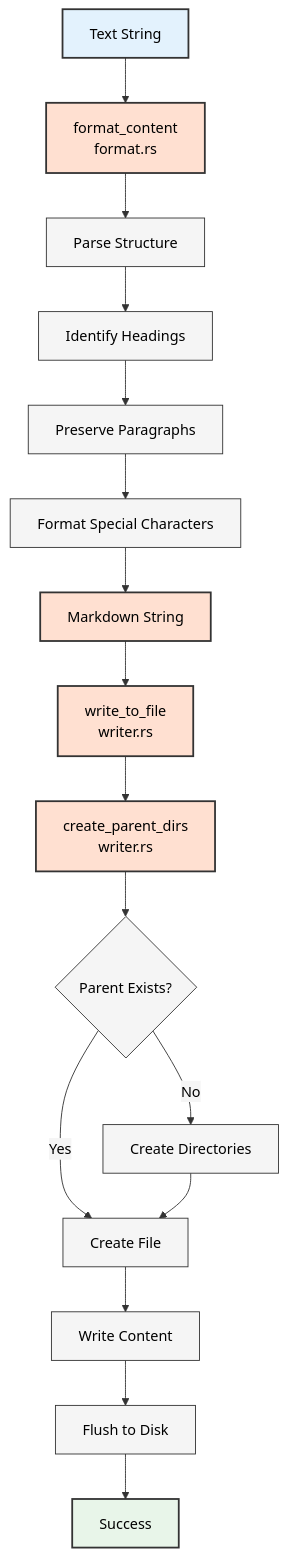
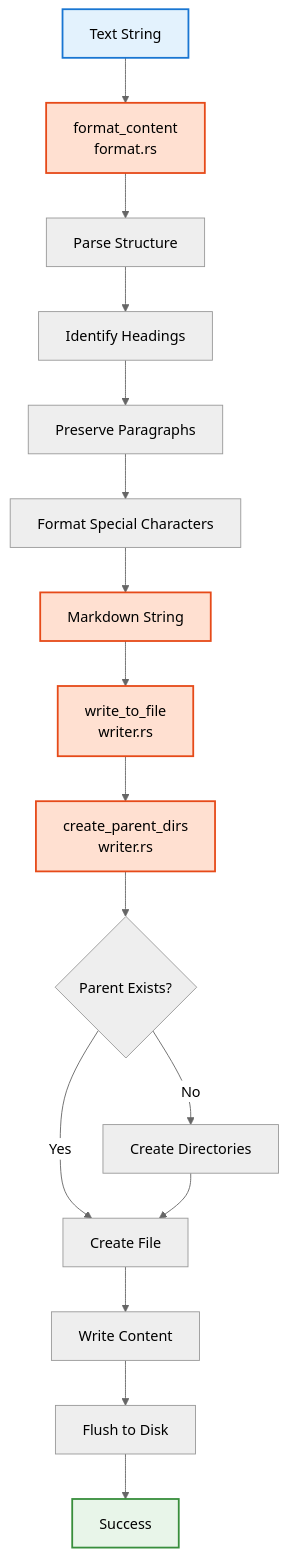
Before and after one commit to softwarewrighter/pdf2md: the first of 3 diagrams in wiki/Markdown-Generation-Component.md, drawn with Mermaid. The commit also changed 7 other files, not shown here.

First line of the commit message:
fix: update mermaid diagrams for GitHub dark mode compatibility

````diff
--- a/wiki/Markdown-Generation-Component.md
+++ b/wiki/Markdown-Generation-Component.md
@@ -24,28 +24,28 @@
 ```mermaid
-%%{init: {'theme':'base', 'themeVariables': {'primaryColor':'#f5f5f5','primaryTextColor':'#000','primaryBorderColor':'#333','lineColor':'#333','secondaryColor':'#f5f5f5','tertiaryColor':'#f5f5f5'}}}%%
+%%{init: {'theme':'neutral'}}%%
 graph TB
     A[Text String] --> B[format_content<br/>format.rs]
     B --> C[Parse Structure]
     C --> D[Identify Headings]
     D --> E[Preserve Paragraphs]
     E --> F[Format Special Characters]
     F --> G[Markdown String]
 
     G --> H[write_to_file<br/>writer.rs]
     H --> I[create_parent_dirs<br/>writer.rs]
     I --> J{Parent Exists?}
     J -->|Yes| K[Create File]
     J -->|No| L[Create Directories]
     L --> K
 
     K --> M[Write Content]
     M --> N[Flush to Disk]
     N --> O[Success]
 
-    style A fill:#e3f2fd,stroke:#333,stroke-width:2px,color:#000
-    style B fill:#ffe0d1,stroke:#333,stroke-width:2px,color:#000
-    style G fill:#ffe0d1,stroke:#333,stroke-width:2px,color:#000
-    style H fill:#ffe0d1,stroke:#333,stroke-width:2px,color:#000
-    style I fill:#ffe0d1,stroke:#333,stroke-width:2px,color:#000
-    style O fill:#e8f5e9,stroke:#333,stroke-width:2px,color:#000
+    style A fill:#e3f2fd,stroke:#1976d2,stroke-width:2px
+    style B fill:#ffe0d1,stroke:#e64a19,stroke-width:2px
+    style G fill:#ffe0d1,stroke:#e64a19,stroke-width:2px
+    style H fill:#ffe0d1,stroke:#e64a19,stroke-width:2px
+    style I fill:#ffe0d1,stroke:#e64a19,stroke-width:2px
+    style O fill:#e8f5e9,stroke:#388e3c,stroke-width:2px
 ```
````
